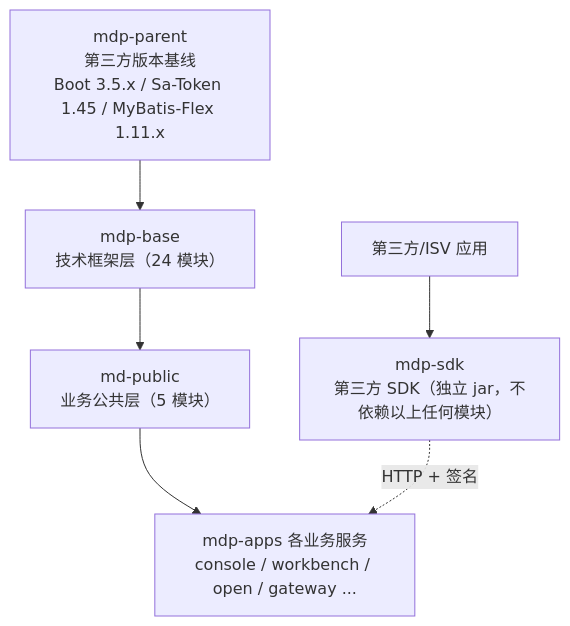
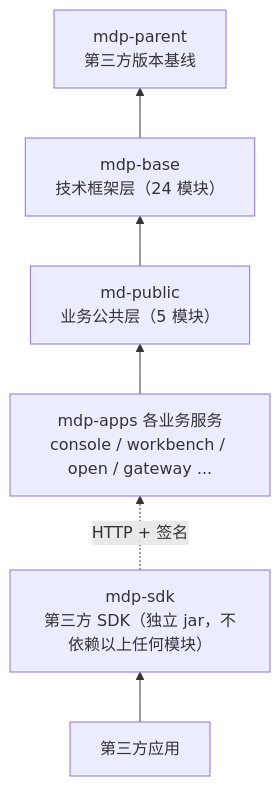
Before and after one commit to henhen6/mdp-docs: the diagram in src/doc/source/README.md, drawn with Mermaid. The commit also changed other lines of this file, not shown here.

````diff
--- a/src/doc/source/README.md
+++ b/src/doc/source/README.md
@@ -32,15 +32,15 @@
 ```mermaid
-flowchart TB
-    parent["mdp-parent<br/>第三方版本基线<br/>Boot 3.5.x / Sa-Token 1.45 / MyBatis-Flex 1.11.x"]
+flowchart BT
+    parent["mdp-parent<br/>第三方版本基线"]
     base["mdp-base<br/>技术框架层（24 模块）"]
     public["md-public<br/>业务公共层（5 模块）"]
     apps["mdp-apps 各业务服务<br/>console / workbench / open / gateway ..."]
     sdk["mdp-sdk<br/>第三方 SDK（独立 jar，不依赖以上任何模块）"]
-    third["第三方/ISV 应用"]
+    third["第三方应用"]
 
-    parent --> base
-    base --> public
-    public --> apps
+    base --> parent
+    public --> base
+    apps --> public
     third --> sdk
     sdk -. "HTTP + 签名" .-> apps
 ```
````
